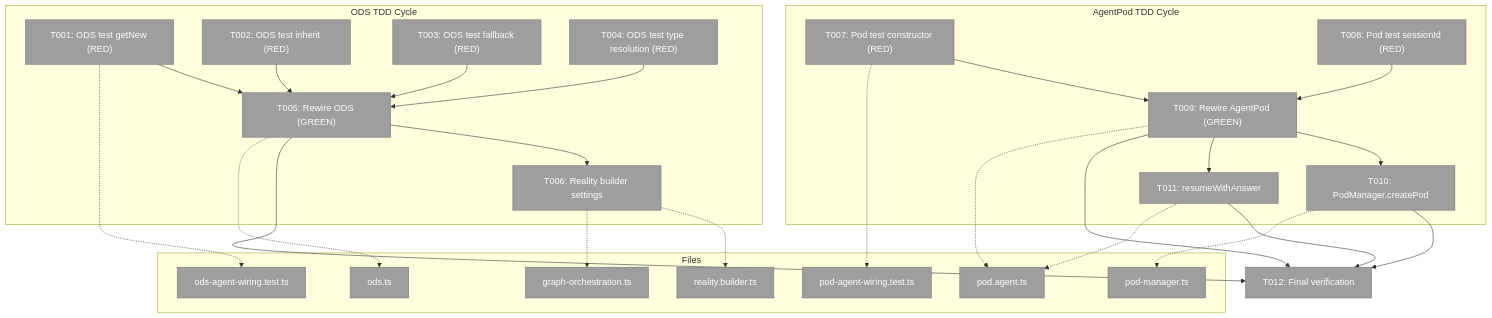
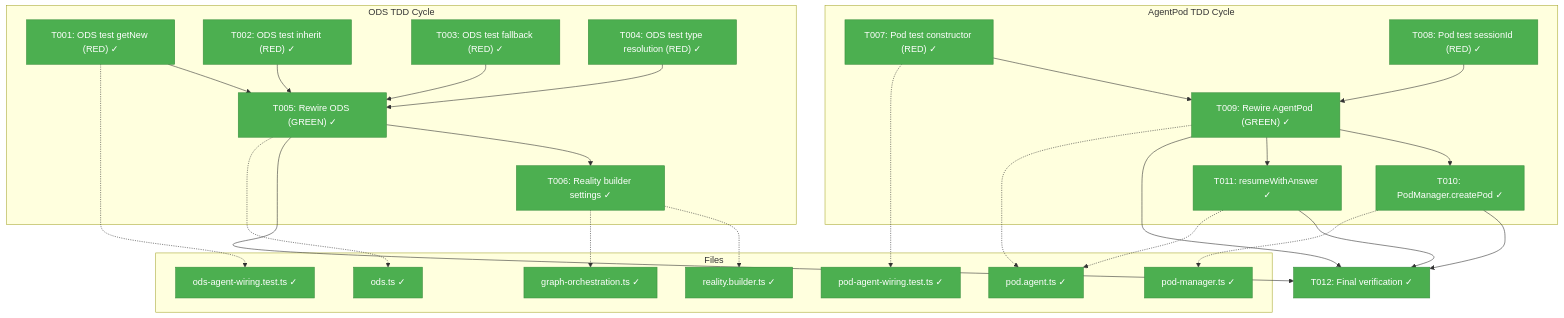
One commit to AI-Substrate/chainglass changed the first of 2 diagrams in docs/plans/035-agent-orchestration-wiring/tasks/phase-2-ods-and-agentpod-rewiring-with-tdd/tasks.md. Above: the diagram before and after it, drawn with Mermaid. The commit also changed other lines of this file and 2 other files, not shown here.

````diff
--- a/docs/plans/035-agent-orchestration-wiring/tasks/phase-2-ods-and-agentpod-rewiring-with-tdd/tasks.md
+++ b/docs/plans/035-agent-orchestration-wiring/tasks/phase-2-ods-and-agentpod-rewiring-with-tdd/tasks.md
@@ -105,60 +105,60 @@
 ```mermaid
 flowchart TD
     classDef pending fill:#9E9E9E,stroke:#757575,color:#fff
     classDef inprogress fill:#FF9800,stroke:#F57C00,color:#fff
     classDef completed fill:#4CAF50,stroke:#388E3C,color:#fff
     classDef blocked fill:#F44336,stroke:#D32F2F,color:#fff
 
     subgraph ODS_TDD["ODS TDD Cycle"]
-        T001["T001: ODS test getNew (RED)"]:::pending
-        T002["T002: ODS test inherit (RED)"]:::pending
-        T003["T003: ODS test fallback (RED)"]:::pending
-        T004["T004: ODS test type resolution (RED)"]:::pending
-        T005["T005: Rewire ODS (GREEN)"]:::pending
-        T006["T006: Reality builder settings"]:::pending
+        T001["T001: ODS test getNew (RED) ✓"]:::completed
+        T002["T002: ODS test inherit (RED) ✓"]:::completed
+        T003["T003: ODS test fallback (RED) ✓"]:::completed
+        T004["T004: ODS test type resolution (RED) ✓"]:::completed
+        T005["T005: Rewire ODS (GREEN) ✓"]:::completed
+        T006["T006: Reality builder settings ✓"]:::completed
 
         T001 --> T005
         T002 --> T005
         T003 --> T005
         T004 --> T005
         T005 --> T006
     end
 
     subgraph Pod_TDD["AgentPod TDD Cycle"]
-        T007["T007: Pod test constructor (RED)"]:::pending
-        T008["T008: Pod test sessionId (RED)"]:::pending
-        T009["T009: Rewire AgentPod (GREEN)"]:::pending
-        T010["T010: PodManager.createPod"]:::pending
-        T011["T011: resumeWithAnswer"]:::pending
+        T007["T007: Pod test constructor (RED) ✓"]:::completed
+        T008["T008: Pod test sessionId (RED) ✓"]:::completed
+        T009["T009: Rewire AgentPod (GREEN) ✓"]:::completed
+        T010["T010: PodManager.createPod ✓"]:::completed
+        T011["T011: resumeWithAnswer ✓"]:::completed
 
         T007 --> T009
         T008 --> T009
         T009 --> T010
         T009 --> T011
     end
 
-    T012["T012: Final verification"]:::pending
+    T012["T012: Final verification ✓"]:::completed
     T005 --> T012
     T009 --> T012
     T010 --> T012
     T011 --> T012
 
     subgraph Files["Files"]
-        F1["ods.ts"]:::pending
-        F2["pod.agent.ts"]:::pending
-        F3["pod-manager.ts"]:::pending
-        F4["reality.builder.ts"]:::pending
-        F5["graph-orchestration.ts"]:::pending
-        F6["ods-agent-wiring.test.ts"]:::pending
-        F7["pod-agent-wiring.test.ts"]:::pending
+        F1["ods.ts ✓"]:::completed
+        F2["pod.agent.ts ✓"]:::completed
+        F3["pod-manager.ts ✓"]:::completed
+        F4["reality.builder.ts ✓"]:::completed
+        F5["graph-orchestration.ts ✓"]:::completed
+        F6["ods-agent-wiring.test.ts ✓"]:::completed
+        F7["pod-agent-wiring.test.ts ✓"]:::completed
     end
 
     T001 -.-> F6
     T005 -.-> F1
     T006 -.-> F4
     T006 -.-> F5
     T007 -.-> F7
     T009 -.-> F2
     T010 -.-> F3
     T011 -.-> F2
 ```
````
